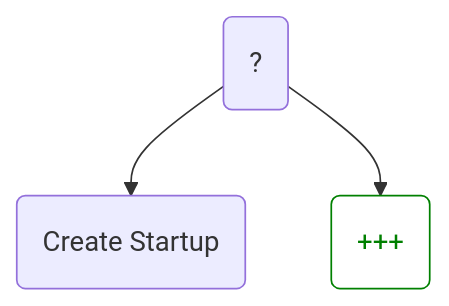
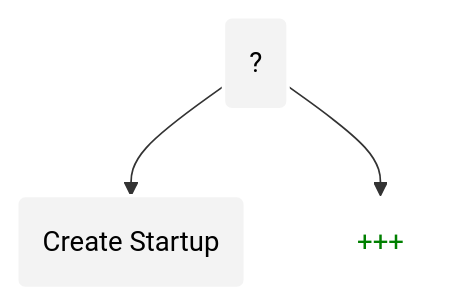
Before and after one commit to root-foundation/root: the third of 3 diagrams in Convergence.md, drawn with Mermaid. The commit also changed other lines of this file, not shown here.

````diff
--- a/Convergence.md
+++ b/Convergence.md
@@ -140,12 +140,15 @@
 ```mermaid
 flowchart TD
 Root("?")
 Startup("Create Startup")
 New("+++")
 
 Root --> Startup
 Root --> New
 
-classDef new fill:transparent,stroke:green,color:green;
+classDef mainNode fill:#f3f3f3,stroke:#ffffff,stroke-width:2px,color:#000;
+classDef new fill:transparent,stroke:transparent,color:green;
+
+class Root,Startup mainNode;
 class New new;
 ```
````
